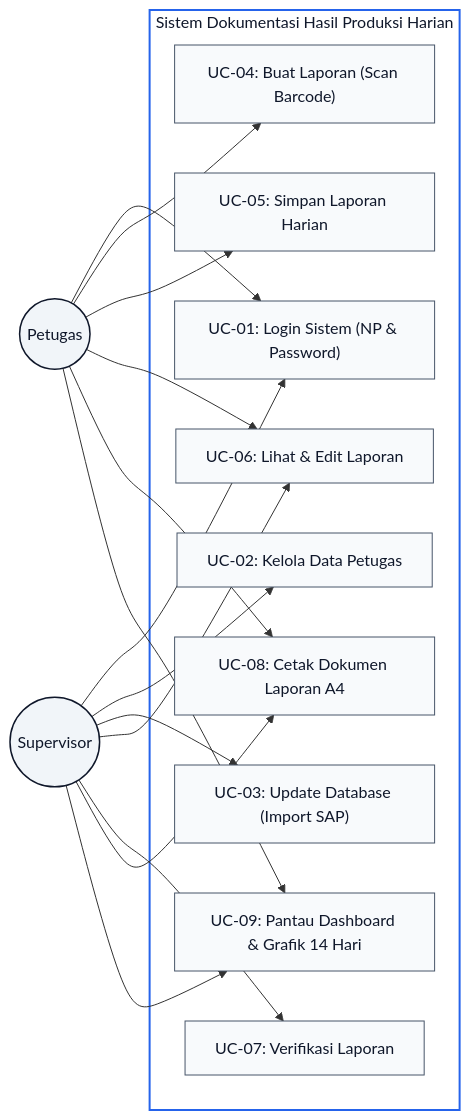
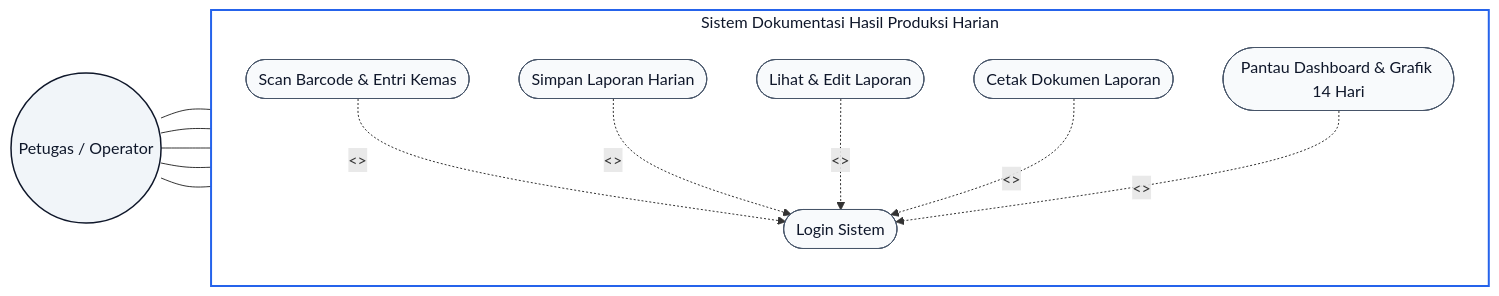
The second of 11 diagrams in docs/BAB_III_Draft.md (ZulfikarHD/scan-produksi), drawn with Mermaid before and after one commit. The commit also changed other lines of this file and 1 other file, not shown here.

First line of the commit message:
feat(docs): update system design and requirements analysis sections

````diff
--- a/docs/BAB_III_Draft.md
+++ b/docs/BAB_III_Draft.md
@@ -172,40 +156,34 @@
 ```mermaid
 flowchart LR
-    Petugas((Petugas))
-    Supervisor((Supervisor))
-
-    subgraph SYSTEM["Sistem Dokumentasi Hasil Produksi Harian"]
-        UC1["UC-01: Login Sistem (NP & Password)"]
-        UC2["UC-02: Kelola Data Petugas"]
-        UC3["UC-03: Update Database (Import SAP)"]
-        UC4["UC-04: Buat Laporan (Scan Barcode)"]
-        UC5["UC-05: Simpan Laporan Harian"]
-        UC6["UC-06: Lihat & Edit Laporan"]
-        UC7["UC-07: Verifikasi Laporan"]
-        UC8["UC-08: Cetak Dokumen Laporan A4"]
-        UC9["UC-09: Pantau Dashboard & Grafik 14 Hari"]
+    subgraph SYSTEM ["Sistem Dokumentasi Hasil Produksi Harian"]
+        direction TB
+        UC_SCAN(["Scan Barcode & Entri Kemas"])
+        UC_SAVE(["Simpan Laporan Harian"])
+        UC_VIEW(["Lihat & Edit Laporan"])
+        UC_PRINT(["Cetak Dokumen Laporan"])
+        UC_DASH(["Pantau Dashboard & Grafik 14 Hari"])
+        UC_LOGIN(["Login Sistem"])
     end
 
-    Petugas --> UC1
-    Petugas --> UC4
-    Petugas --> UC5
-    Petugas --> UC6
-    Petugas --> UC8
-    Petugas --> UC9
+    ACT_OP((Petugas / Operator))
 
-    Supervisor --> UC1
-    Supervisor --> UC2
-    Supervisor --> UC3
-    Supervisor --> UC6
-    Supervisor --> UC7
-    Supervisor --> UC8
-    Supervisor --> UC9
+    ACT_OP --- UC_SCAN
+    ACT_OP --- UC_SAVE
+    ACT_OP --- UC_VIEW
+    ACT_OP --- UC_PRINT
+    ACT_OP --- UC_DASH
+
+    UC_SCAN -. "<<include>>" .-> UC_LOGIN
+    UC_SAVE -. "<<include>>" .-> UC_LOGIN
+    UC_VIEW -. "<<include>>" .-> UC_LOGIN
+    UC_PRINT -. "<<include>>" .-> UC_LOGIN
+    UC_DASH -. "<<include>>" .-> UC_LOGIN
 
     classDef act fill:#f1f5f9,stroke:#0f172a,stroke-width:1.5px,color:#0f172a;
     classDef sys fill:#ffffff,stroke:#2563eb,stroke-width:2px,color:#0f172a;
     classDef uc fill:#f8fafc,stroke:#475569,stroke-width:1px,color:#0f172a;
 
-    class Petugas,Supervisor act;
+    class ACT_OP act;
     class SYSTEM sys;
-    class UC1,UC2,UC3,UC4,UC5,UC6,UC7,UC8,UC9 uc;
+    class UC_SCAN,UC_SAVE,UC_VIEW,UC_PRINT,UC_DASH,UC_LOGIN uc;
 ```
````
